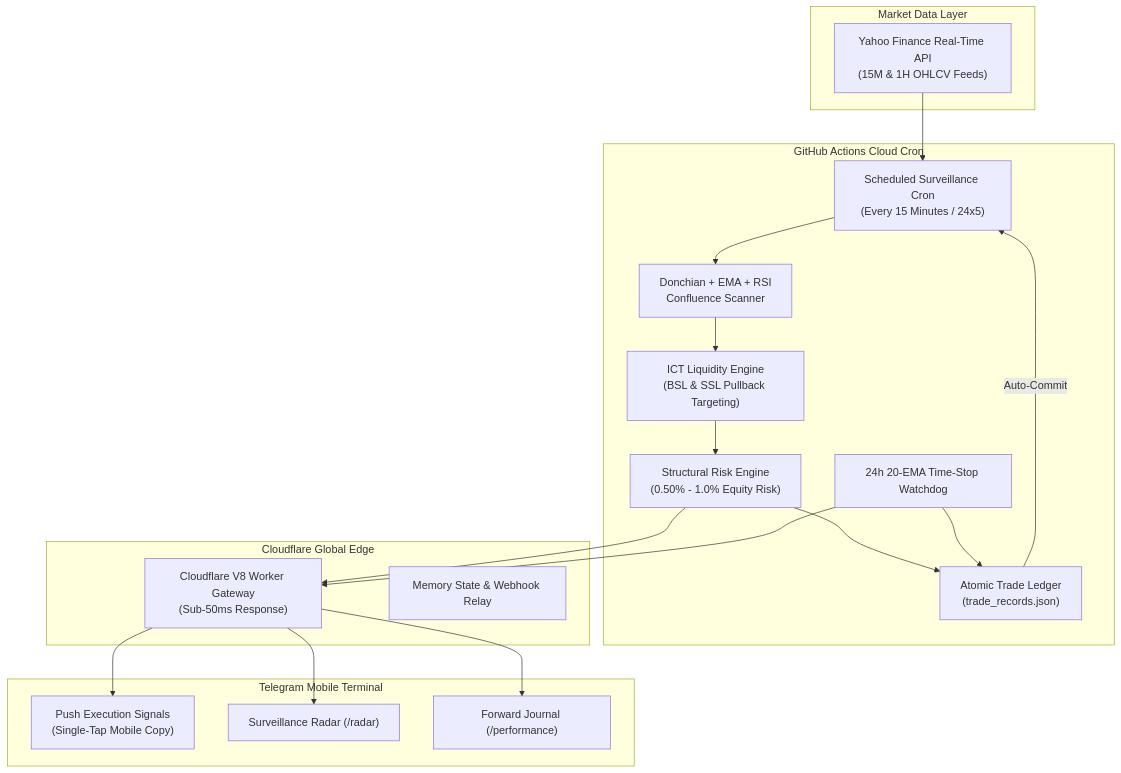
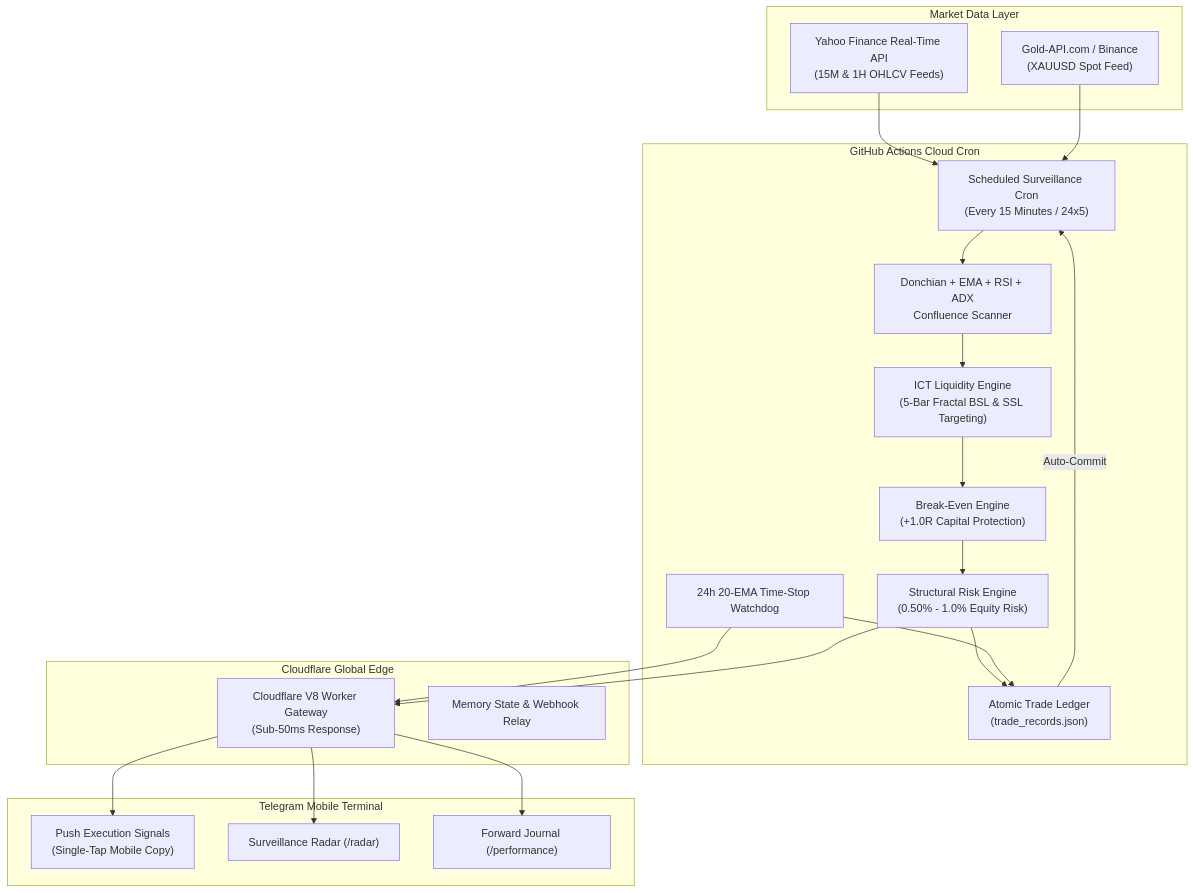
Before and after one commit to siddiqx/Trading-Bot: the diagram in docs/Institutional_Trading_Engine_Whitepaper.md, drawn with Mermaid. The commit also changed other lines of this file and 2 other files, not shown here.

````diff
--- a/docs/Institutional_Trading_Engine_Whitepaper.md
+++ b/docs/Institutional_Trading_Engine_Whitepaper.md
@@ -29,39 +32,43 @@
 ```mermaid
 flowchart TD
     subgraph Market Data Layer
         YF["Yahoo Finance Real-Time API<br/>(15M & 1H OHLCV Feeds)"]
+        GOLD["Gold-API.com / Binance<br/>(XAUUSD Spot Feed)"]
     end
 
     subgraph Compute Engine [GitHub Actions Cloud Cron]
         CRON["Scheduled Surveillance Cron<br/>(Every 15 Minutes / 24x5)"]
-        SCAN["Donchian + EMA + RSI<br/>Confluence Scanner"]
-        ICT["ICT Liquidity Engine<br/>(BSL & SSL Pullback Targeting)"]
+        SCAN["Donchian + EMA + RSI + ADX<br/>Confluence Scanner"]
+        ICT["ICT Liquidity Engine<br/>(5-Bar Fractal BSL & SSL Targeting)"]
+        BE["Break-Even Engine<br/>(+1.0R Capital Protection)"]
         TIME["24h 20-EMA Time-Stop Watchdog"]
         RISK["Structural Risk Engine<br/>(0.50% - 1.0% Equity Risk)"]
         LEDGER["Atomic Trade Ledger<br/>(trade_records.json)"]
     end
 
     subgraph Edge Layer [Cloudflare Global Edge]
         WORKER["Cloudflare V8 Worker Gateway<br/>(Sub-50ms Response)"]
         STATE["Memory State & Webhook Relay"]
     end
 
     subgraph Client Cockpit [Telegram Mobile Terminal]
         TG_ALERT["Push Execution Signals<br/>(Single-Tap Mobile Copy)"]
         TG_RADAR["Surveillance Radar (/radar)"]
         TG_METRICS["Forward Journal (/performance)"]
     end
 
     YF --> CRON
+    GOLD --> CRON
     CRON --> SCAN
     SCAN --> ICT
-    ICT --> RISK
+    ICT --> BE
+    BE --> RISK
     RISK --> LEDGER
-    RISK --> WORKER
     TIME --> LEDGER
     TIME --> WORKER
+    RISK --> WORKER
     WORKER --> TG_ALERT
     WORKER --> TG_RADAR
     WORKER --> TG_METRICS
     LEDGER -->|Auto-Commit| CRON
 ```
````
